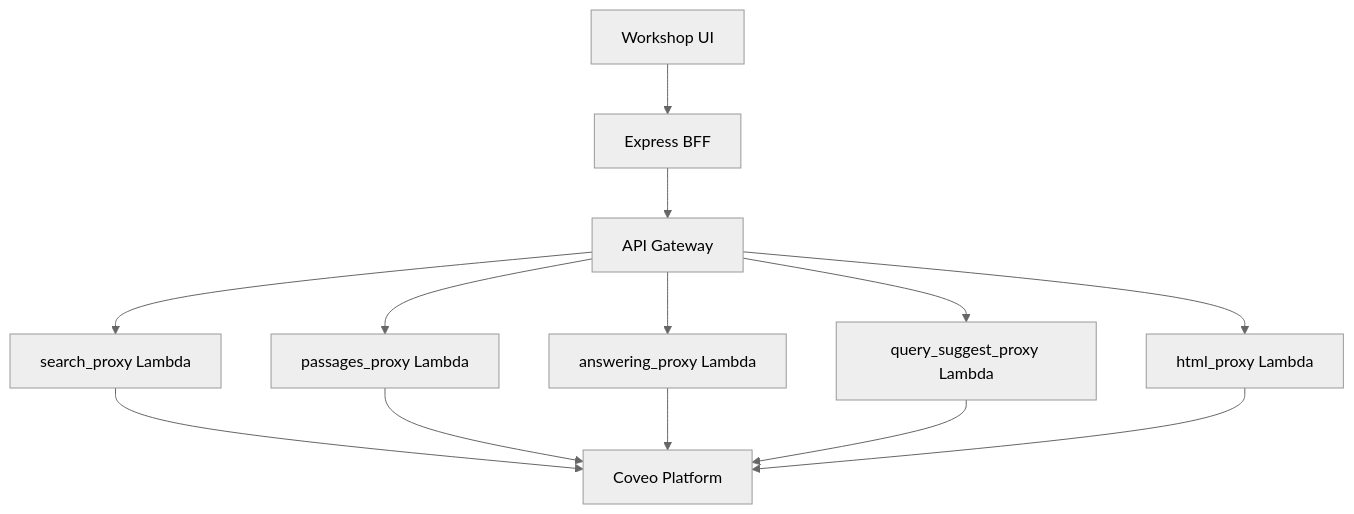
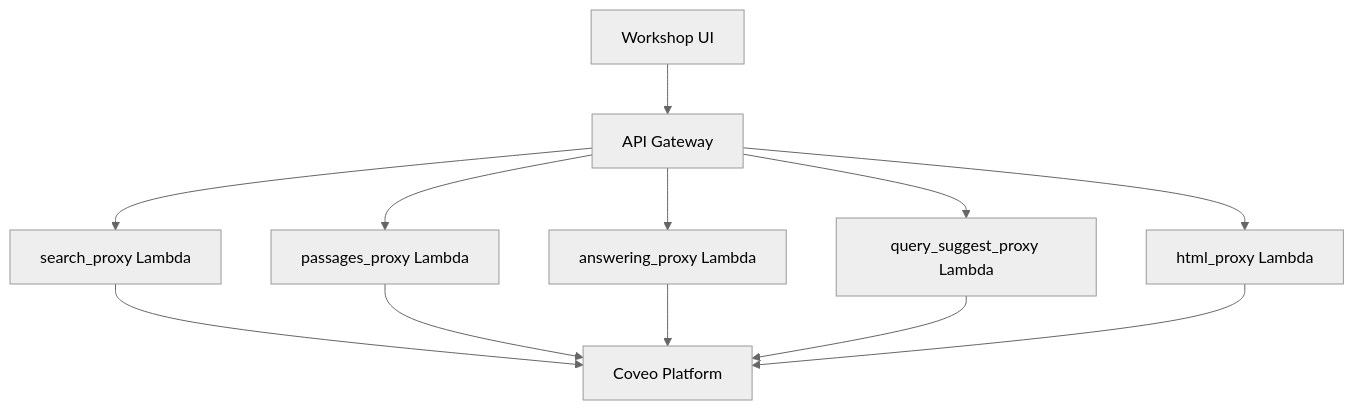
One commit to kpullagu/aws-coveo-workshop-stackset changed the second of 5 diagrams in mkdocs-workshop/docs/resources/diagrams.md. Above: the diagram before and after it, drawn with Mermaid (neutral theme). The commit also changed other lines of this file and 1 other file, not shown here.

````diff
--- a/mkdocs-workshop/docs/resources/diagrams.md
+++ b/mkdocs-workshop/docs/resources/diagrams.md
@@ -43,15 +41,14 @@
 ```mermaid
 graph TB
-    UI[Workshop UI] --> BFF[Express BFF]
-    BFF --> API[API Gateway]
+    UI[Workshop UI] --> API[API Gateway]
     API --> Search[search_proxy Lambda]
     API --> Passages[passages_proxy Lambda]
     API --> Answer[answering_proxy Lambda]
     API --> Suggest[query_suggest_proxy Lambda]
     API --> Html[html_proxy Lambda]
     Search --> Coveo[Coveo Platform]
     Passages --> Coveo
     Answer --> Coveo
     Suggest --> Coveo
     Html --> Coveo
 ```
````
